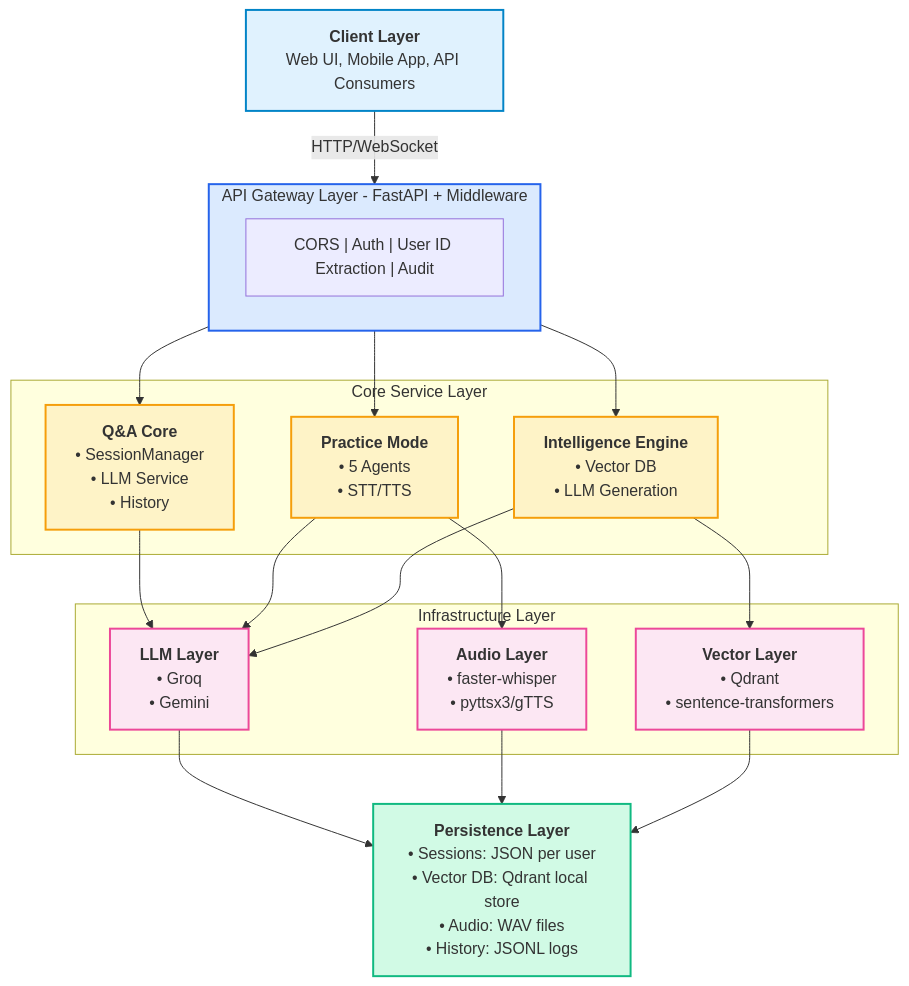
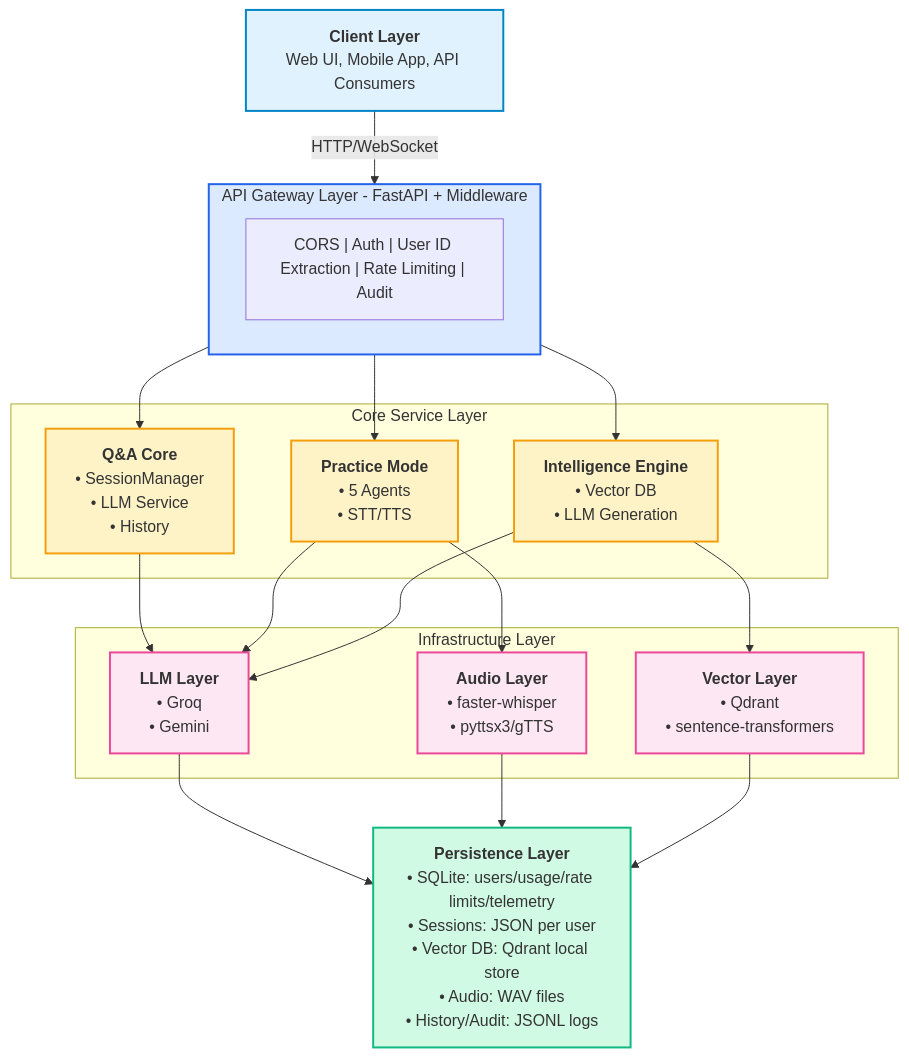
The first of 3 diagrams in Stratax_AI_Technical_Documentation.md (Varun-addh/Chat_Assistant), drawn with Mermaid before and after one commit. The commit also changed other lines of this file and 48 other files, not shown here.

````diff
--- a/Stratax_AI_Technical_Documentation.md
+++ b/Stratax_AI_Technical_Documentation.md
@@ -146,47 +161,47 @@
 ```mermaid
 graph TB
     Client["<b>Client Layer</b><br/>Web UI, Mobile App, API Consumers"]
     
     subgraph Gateway["API Gateway Layer - FastAPI + Middleware"]
-        MW["CORS | Auth | User ID Extraction | Audit"]
+        MW["CORS | Auth | User ID Extraction | Rate Limiting | Audit"]
     end
     
     subgraph Core["Core Service Layer"]
         QA["<b>Q&A Core</b><br/>• SessionManager<br/>• LLM Service<br/>• History"]
         PM["<b>Practice Mode</b><br/>• 5 Agents<br/>• STT/TTS"]
         IE["<b>Intelligence Engine</b><br/>• Vector DB<br/>• LLM Generation"]
     end
     
     subgraph Infrastructure["Infrastructure Layer"]
         LLM["<b>LLM Layer</b><br/>• Groq<br/>• Gemini"]
         Audio["<b>Audio Layer</b><br/>• faster-whisper<br/>• pyttsx3/gTTS"]
         Vector["<b>Vector Layer</b><br/>• Qdrant<br/>• sentence-transformers"]
     end
     
-    Persist["<b>Persistence Layer</b><br/>• Sessions: JSON per user<br/>• Vector DB: Qdrant local store<br/>• Audio: WAV files<br/>• History: JSONL logs"]
+    Persist["<b>Persistence Layer</b><br/>• SQLite: users/usage/rate limits/telemetry<br/>• Sessions: JSON per user<br/>• Vector DB: Qdrant local store<br/>• Audio: WAV files<br/>• History/Audit: JSONL logs"]
     
     Client -->|HTTP/WebSocket| Gateway
     Gateway --> QA
     Gateway --> PM
     Gateway --> IE
     
     QA --> LLM
     PM --> LLM
     PM --> Audio
     IE --> Vector
     IE --> LLM
     
     LLM --> Persist
     Audio --> Persist
     Vector --> Persist
     
     style Client fill:#e0f2fe,stroke:#0284c7,stroke-width:2px
     style Gateway fill:#dbeafe,stroke:#2563eb,stroke-width:2px
     style QA fill:#fef3c7,stroke:#f59e0b,stroke-width:2px
     style PM fill:#fef3c7,stroke:#f59e0b,stroke-width:2px
     style IE fill:#fef3c7,stroke:#f59e0b,stroke-width:2px
     style LLM fill:#fce7f3,stroke:#ec4899,stroke-width:2px
     style Audio fill:#fce7f3,stroke:#ec4899,stroke-width:2px
     style Vector fill:#fce7f3,stroke:#ec4899,stroke-width:2px
     style Persist fill:#d1fae5,stroke:#10b981,stroke-width:2px
 ```
````
